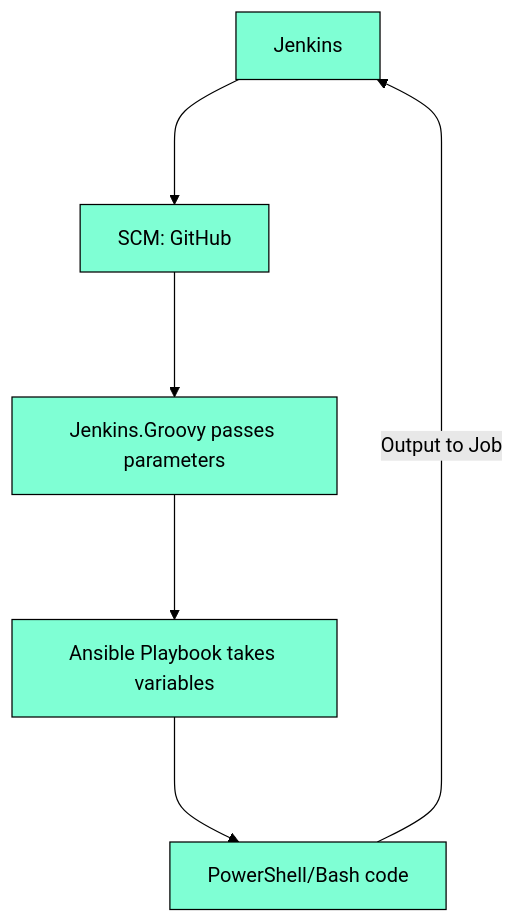
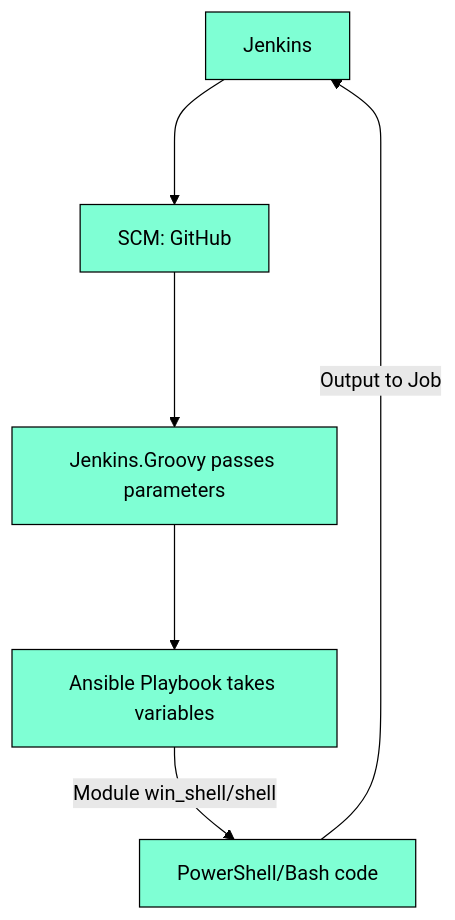
The second of 2 diagrams in README.md (Lifailon/Deploy-PS-Module), drawn with Mermaid (forest theme) before and after one commit.

Commit message:
test state

````diff
--- a/README.md
+++ b/README.md
@@ -15,11 +15,11 @@
 ```mermaid
 flowchart TD
     classDef class_color fill:#7FFFD4, stroke:#000, stroke-width:1px
     1[Jenkins]:::class_color
     2[SCM: GitHub]:::class_color
     3[Jenkins.Groovy passes parameters]:::class_color
     4[Ansible Playbook takes variables]:::class_color
     5[PowerShell/Bash code]:::class_color
-    1--->2--->3--->4--->5
+    1--->2--->3--->4--Module win_shell/shell-->5
     5--Output to Job-->1
 ```
````
